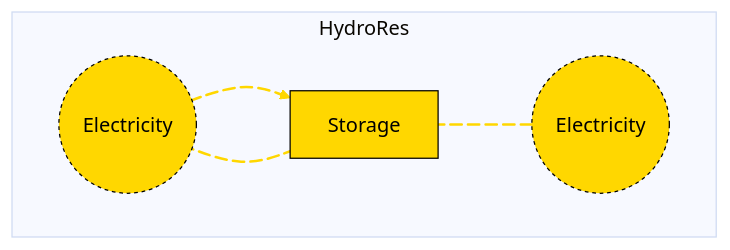
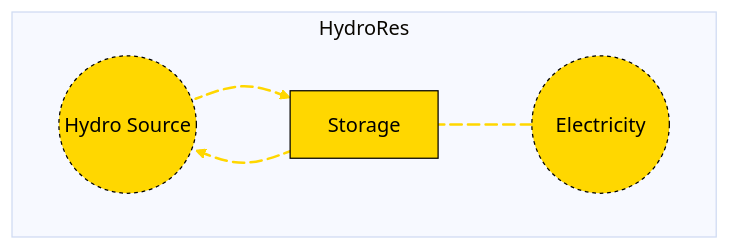
The diagram in docs/src/Manual/assets/hydropower.md (openmod-tracker/MacroEnergy.jl), drawn with Mermaid before and after one commit. The commit also changed other lines of this file and 14 other files, not shown here.

````diff
--- a/docs/src/Manual/assets/hydropower.md
+++ b/docs/src/Manual/assets/hydropower.md
@@ -22,20 +22,20 @@
 ```mermaid
 %%{init: {'theme': 'base', 'themeVariables': { 'background': '#D1EBDE' }}}%%
 flowchart LR
   subgraph HydroRes
     direction LR
-    A((Electricity)) e1@--> B[Storage] e2@--> C((Electricity))
+    A((Hydro Source)) e1@--> B[Storage] e2@--> C((Electricity))
     B e3@--> A
     e1@{ animate: true }
     e2@{ animate: true }
     e3@{ animate: true }
   end
   
   style A r:55px,fill:#FFD700,stroke:black,color:black,stroke-dasharray: 3,5;
   style B fill:#FFD700,stroke:black,color:black;
   style C r:55px,fill:#FFD700,stroke:black,color:black,stroke-dasharray: 3,5;
 
   linkStyle 0 stroke:#FFD700, stroke-width: 2px;
   linkStyle 1 stroke:#FFD700, stroke-width: 2px;
   linkStyle 2 stroke:#FFD700, stroke-width: 2px;
 ```
````
